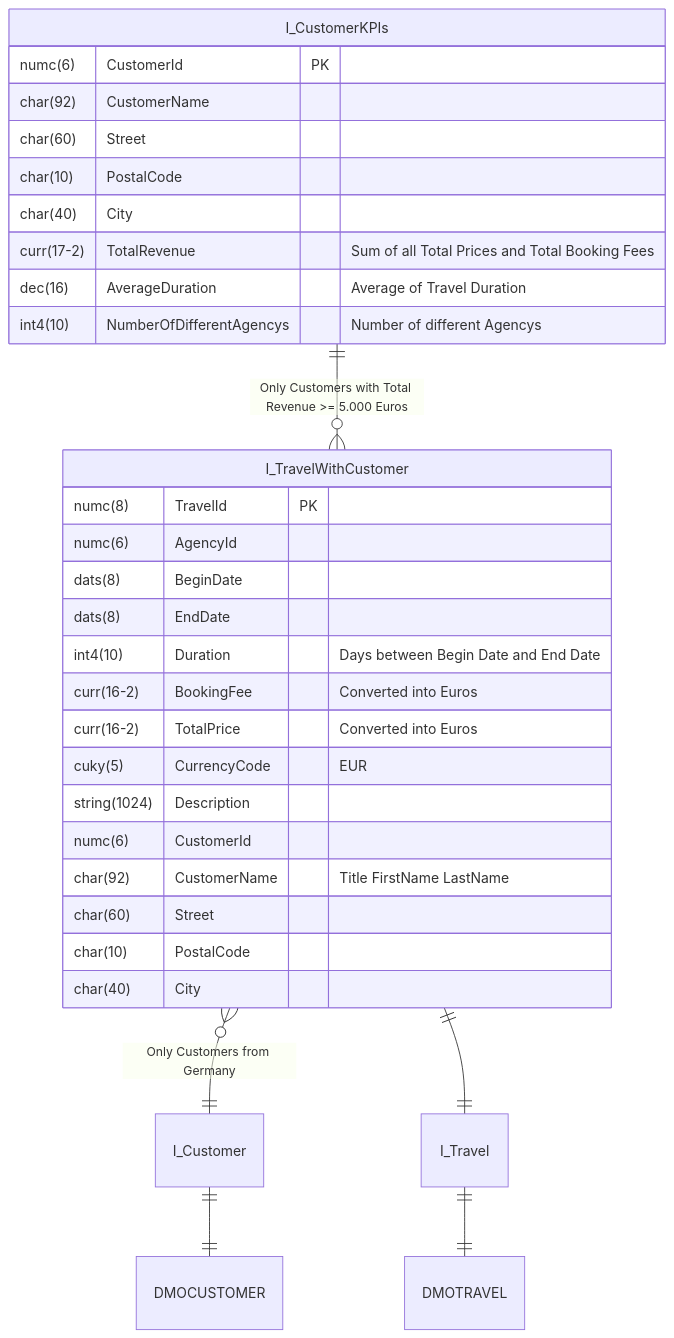
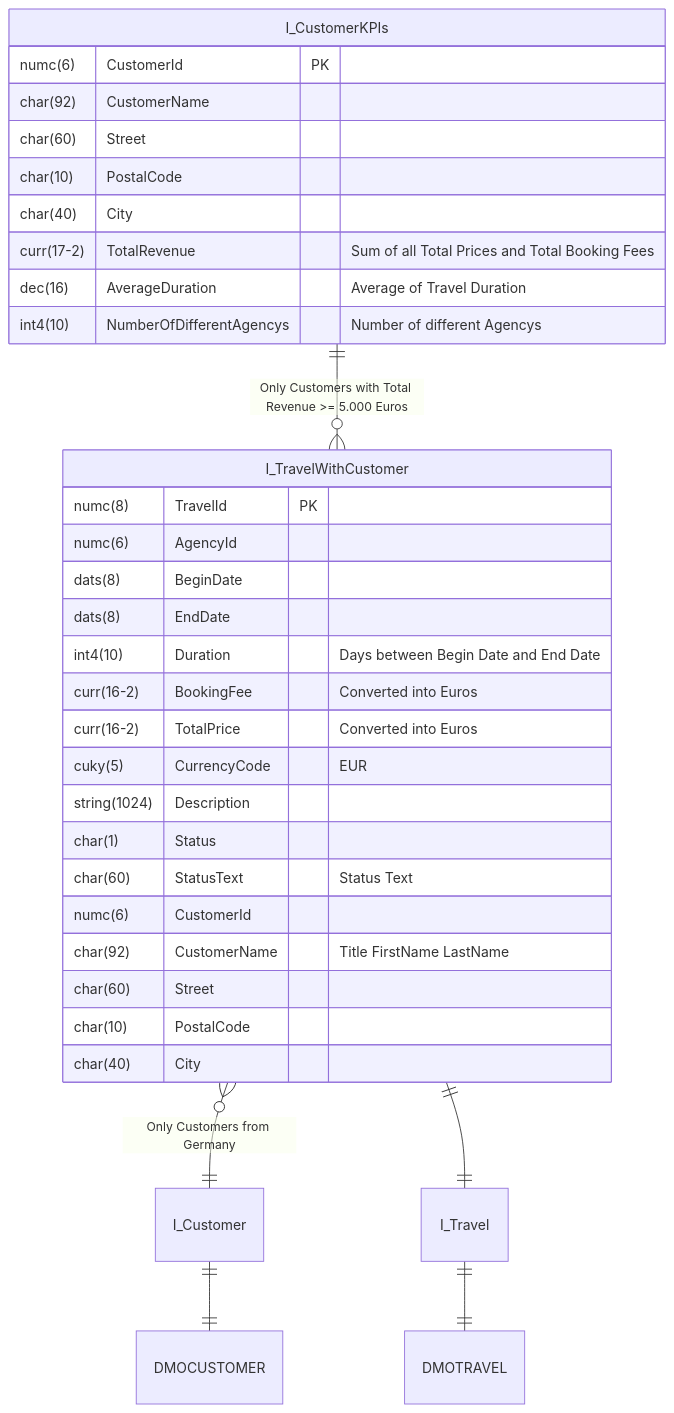
The diagram in docs/exercises/abap-cds/abap-cds-05.md (appenmaier/s4hana), drawn with Mermaid before and after one commit. The commit also changed 4 other files, not shown here.

````diff
--- a/docs/exercises/abap-cds/abap-cds-05.md
+++ b/docs/exercises/abap-cds/abap-cds-05.md
@@ -10,37 +10,39 @@
 ```mermaid
 erDiagram
 
     I_Customer ||--|| DMOCUSTOMER : ""
     I_Travel ||--|| DMOTRAVEL : ""
     I_TravelWithCustomer }o--|| I_Customer : "Only Customers from Germany"
     I_TravelWithCustomer ||--|| I_Travel : ""
     I_CustomerKPIs ||--o{ I_TravelWithCustomer : "Only Customers with Total Revenue >= 5.000 Euros"
 
     I_CustomerKPIs {
         numc(6) CustomerId PK
         char(92) CustomerName
         char(60) Street
         char(10) PostalCode
         char(40) City
         curr(17-2) TotalRevenue "Sum of all Total Prices and Total Booking Fees"
         dec(16) AverageDuration "Average of Travel Duration"
         int4(10) NumberOfDifferentAgencys "Number of different Agencys"
     }
 
     I_TravelWithCustomer {
         numc(8) TravelId PK
         numc(6) AgencyId
         dats(8) BeginDate
         dats(8) EndDate
         int4(10) Duration "Days between Begin Date and End Date"
         curr(16-2) BookingFee "Converted into Euros"
         curr(16-2) TotalPrice "Converted into Euros"
         cuky(5) CurrencyCode "EUR"
         string(1024) Description
+        char(1) Status
+        char(60) StatusText "Status Text"
         numc(6) CustomerId
         char(92) CustomerName "Title FirstName LastName"
         char(60) Street
         char(10) PostalCode
         char(40) City
     }
 ```
````
